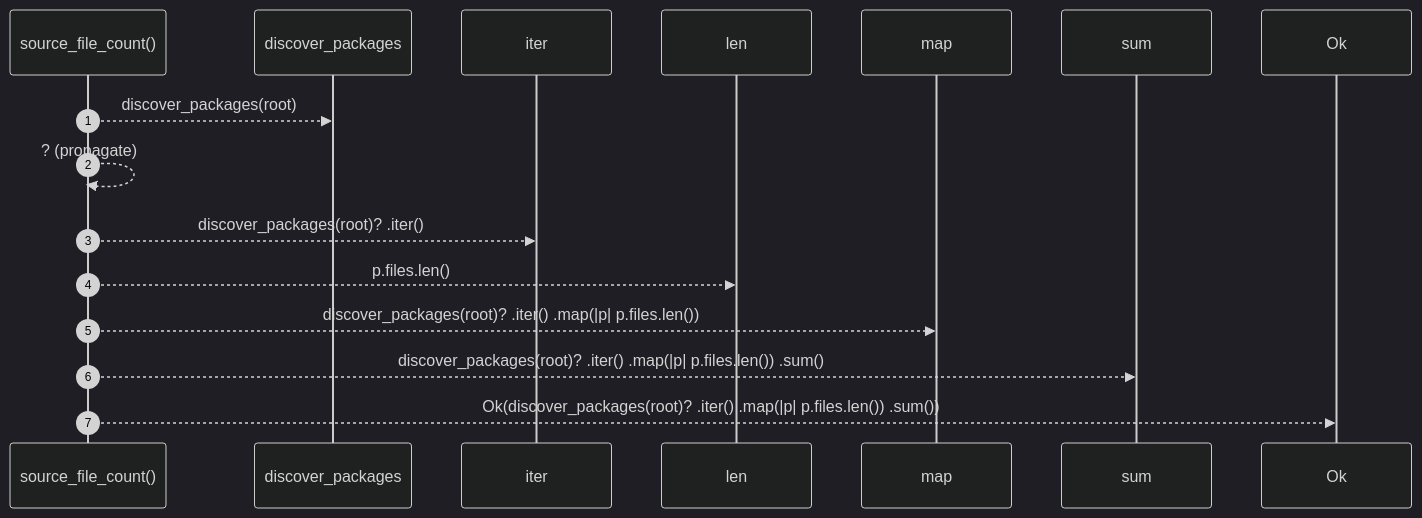
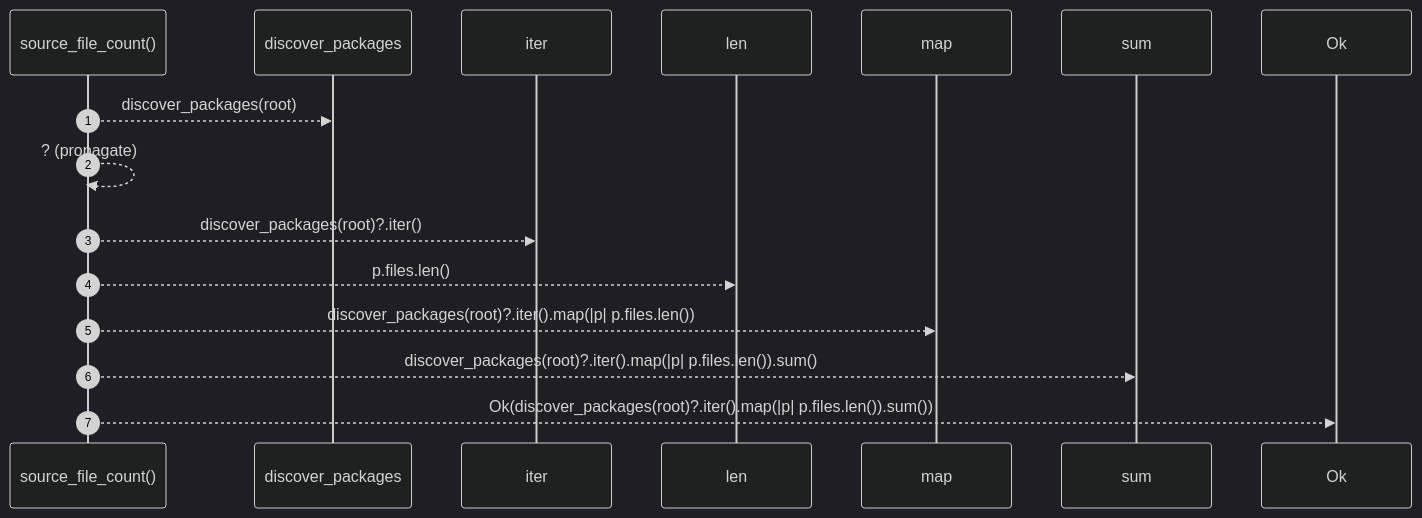
One commit to RyanGuild/self-describing-code changed the diagram in docs/self-model/robby_extract/typescript/source-file-count.md. Above: the diagram before and after it, drawn with Mermaid (dark theme). The commit also changed other lines of this file and 747 other files, not shown here.

````diff
--- a/docs/self-model/robby_extract/typescript/source-file-count.md
+++ b/docs/self-model/robby_extract/typescript/source-file-count.md
@@ -21,18 +18,18 @@
 ```mermaid
 sequenceDiagram
     autonumber
     participant source_file_count as source_file_count()
     participant discover_packages as discover_packages
     participant iter as iter
     participant len as len
     participant map as map
     participant sum as sum
     participant Ok as Ok
     source_file_count-->>discover_packages: discover_packages(root)
     source_file_count-->>source_file_count: ? (propagate)
-    source_file_count-->>iter: discover_packages(root)? .iter()
+    source_file_count-->>iter: discover_packages(root)?.iter()
     source_file_count-->>len: p.files.len()
-    source_file_count-->>map: discover_packages(root)? .iter() .map(|p| p.files.len())
-    source_file_count-->>sum: discover_packages(root)? .iter() .map(|p| p.files.len()) .sum()
-    source_file_count-->>Ok: Ok(discover_packages(root)? .iter() .map(|p| p.files.len()) .sum())
+    source_file_count-->>map: discover_packages(root)?.iter().map(|p| p.files.len())
+    source_file_count-->>sum: discover_packages(root)?.iter().map(|p| p.files.len()).sum()
+    source_file_count-->>Ok: Ok(discover_packages(root)?.iter().map(|p| p.files.len()).sum())
 ```
````
